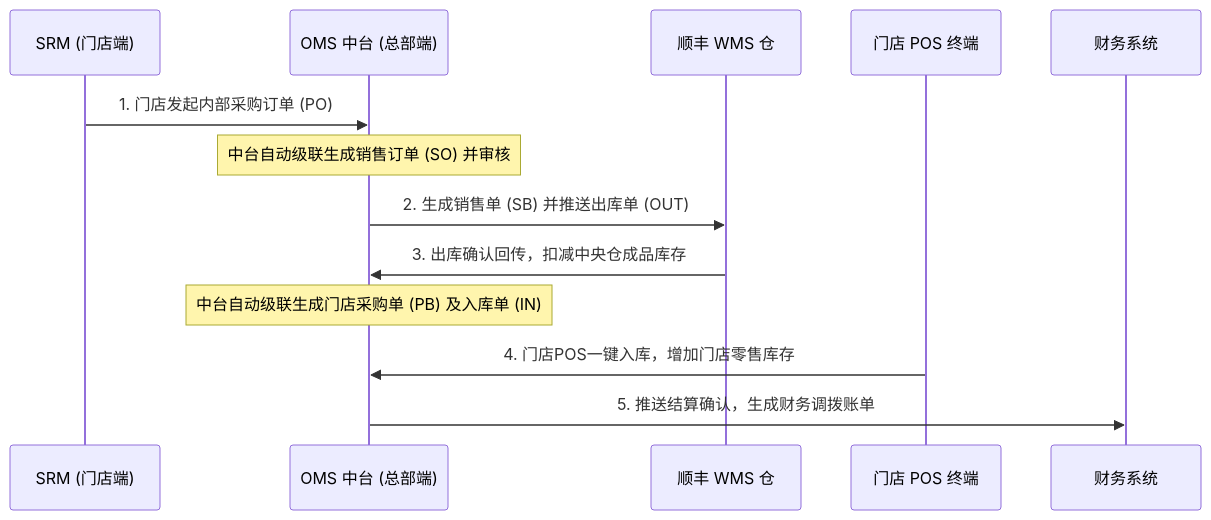
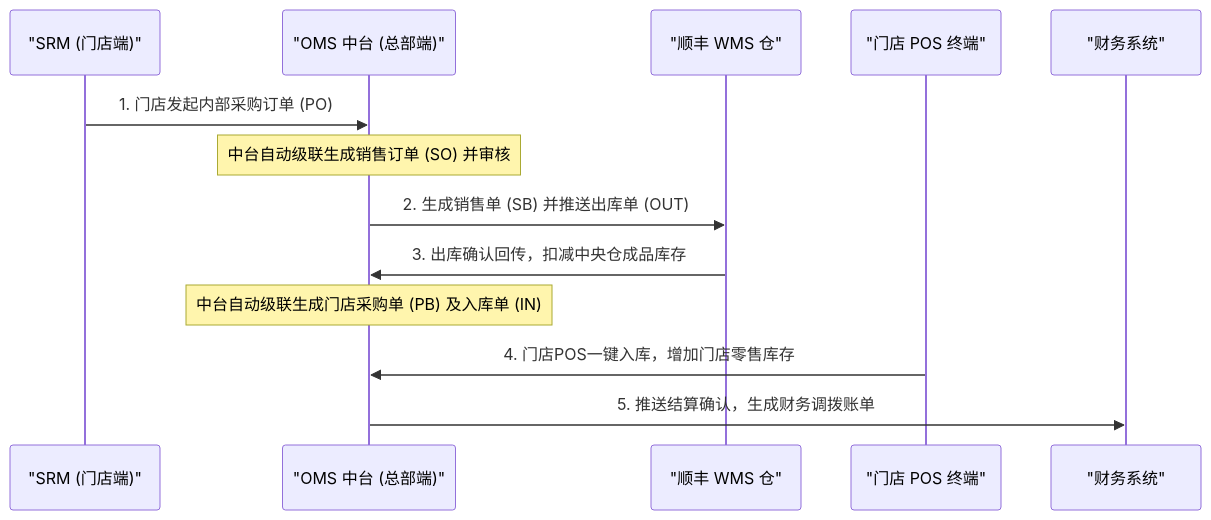
Before and after one commit to LOSKING/oms-demo: the fourth of 5 diagrams in README.md, drawn with Mermaid. The commit also changed other lines of this file, not shown here.

Commit message:
docs: fix Mermaid diagram syntax errors for GitHub rendering

````diff
--- a/README.md
+++ b/README.md
@@ -102,15 +102,15 @@
 ```mermaid
 sequenceDiagram
-    participant SRM as SRM (门店端)
-    participant OMS as OMS 中台 (总部端)
-    participant WMS as 顺丰 WMS 仓
-    participant POS as 门店 POS 终端
-    participant Fin as 财务系统
+    participant SRM as "SRM (门店端)"
+    participant OMS as "OMS 中台 (总部端)"
+    participant WMS as "顺丰 WMS 仓"
+    participant POS as "门店 POS 终端"
+    participant Fin as "财务系统"
     SRM->>OMS: 1. 门店发起内部采购订单 (PO)
     Note over OMS: 中台自动级联生成销售订单 (SO) 并审核
     OMS->>WMS: 2. 生成销售单 (SB) 并推送出库单 (OUT)
     WMS->>OMS: 3. 出库确认回传，扣减中央仓成品库存
     Note over OMS: 中台自动级联生成门店采购单 (PB) 及入库单 (IN)
     POS->>OMS: 4. 门店POS一键入库，增加门店零售库存
     OMS->>Fin: 5. 推送结算确认，生成财务调拨账单
 ```
````
